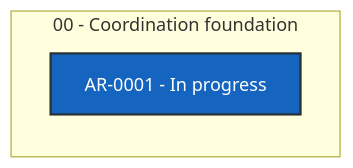
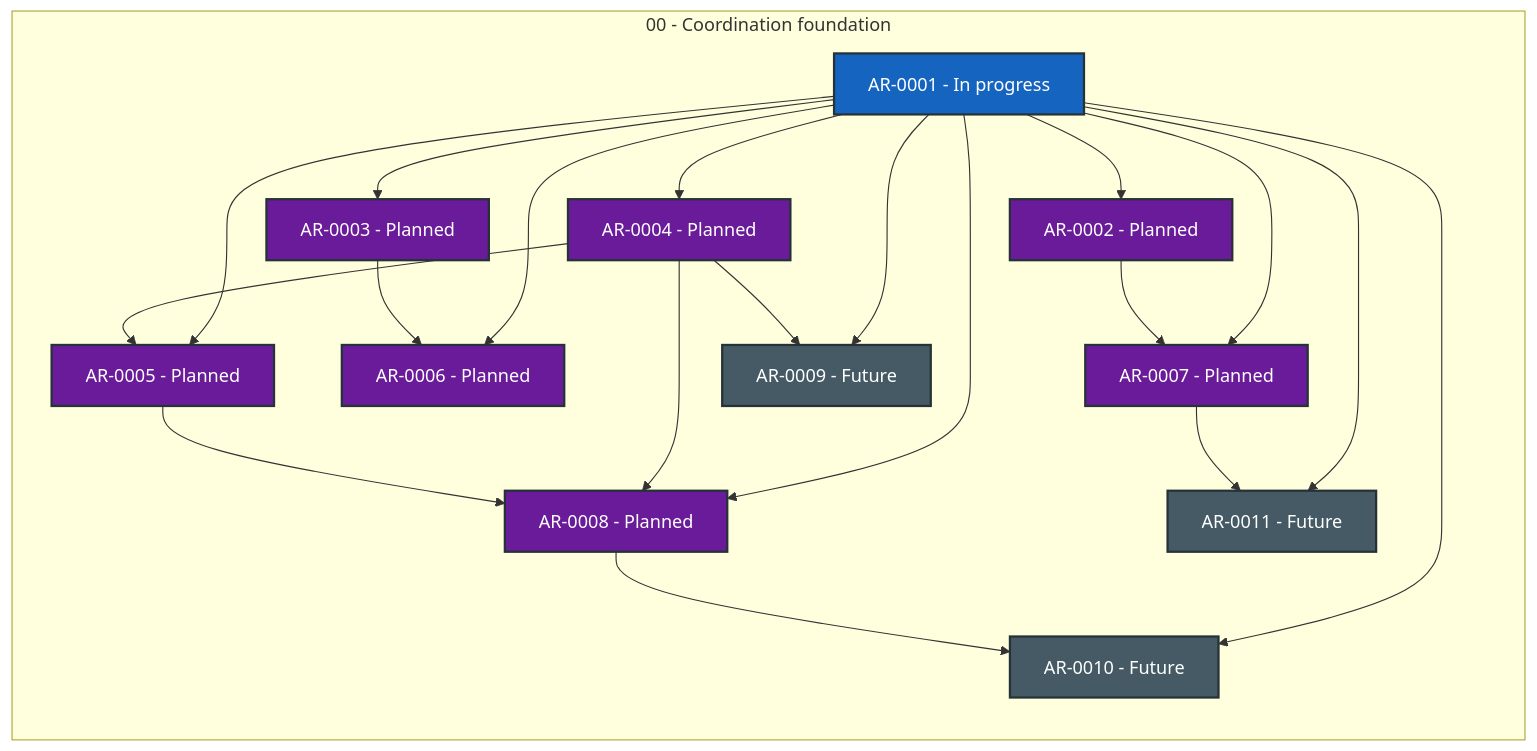
One commit to martin-beck/agent-workflow-quality-state changed the diagram in STATUS.md. Above: the diagram before and after it, drawn with Mermaid. The commit also changed other lines of this file and 2 other files, not shown here.

````diff
--- a/STATUS.md
+++ b/STATUS.md
@@ -27,15 +27,43 @@
 ```mermaid
 flowchart LR
     subgraph series_00["00 - Coordination foundation"]
         direction TB
         AR_0001["AR-0001 - In progress"]:::status_in_progress
+        AR_0002["AR-0002 - Planned"]:::status_planned
+        AR_0003["AR-0003 - Planned"]:::status_planned
+        AR_0004["AR-0004 - Planned"]:::status_planned
+        AR_0005["AR-0005 - Planned"]:::status_planned
+        AR_0006["AR-0006 - Planned"]:::status_planned
+        AR_0007["AR-0007 - Planned"]:::status_planned
+        AR_0008["AR-0008 - Planned"]:::status_planned
+        AR_0009["AR-0009 - Future"]:::status_future
+        AR_0010["AR-0010 - Future"]:::status_future
+        AR_0011["AR-0011 - Future"]:::status_future
     end
+    AR_0001 --> AR_0002
+    AR_0001 --> AR_0003
+    AR_0001 --> AR_0004
+    AR_0001 --> AR_0005
+    AR_0001 --> AR_0006
+    AR_0001 --> AR_0007
+    AR_0001 --> AR_0008
+    AR_0001 --> AR_0009
+    AR_0001 --> AR_0010
+    AR_0001 --> AR_0011
+    AR_0002 --> AR_0007
+    AR_0003 --> AR_0006
+    AR_0004 --> AR_0005
+    AR_0004 --> AR_0008
+    AR_0004 --> AR_0009
+    AR_0005 --> AR_0008
+    AR_0007 --> AR_0011
+    AR_0008 --> AR_0010
     classDef status_in_progress fill:#1565c0,color:#ffffff,stroke:#263238,stroke-width:2px
     classDef status_open fill:#2e7d32,color:#ffffff,stroke:#263238,stroke-width:2px
     classDef status_blocked fill:#c62828,color:#ffffff,stroke:#263238,stroke-width:2px
     classDef status_planned fill:#6a1b9a,color:#ffffff,stroke:#263238,stroke-width:2px
     classDef status_future fill:#455a64,color:#ffffff,stroke:#263238,stroke-width:2px
     classDef status_done fill:#00695c,color:#ffffff,stroke:#263238,stroke-width:2px
     classDef status_cancelled fill:#616161,color:#ffffff,stroke:#263238,stroke-width:2px
     classDef status_superseded fill:#5d4037,color:#ffffff,stroke:#263238,stroke-width:2px
 ```
````
